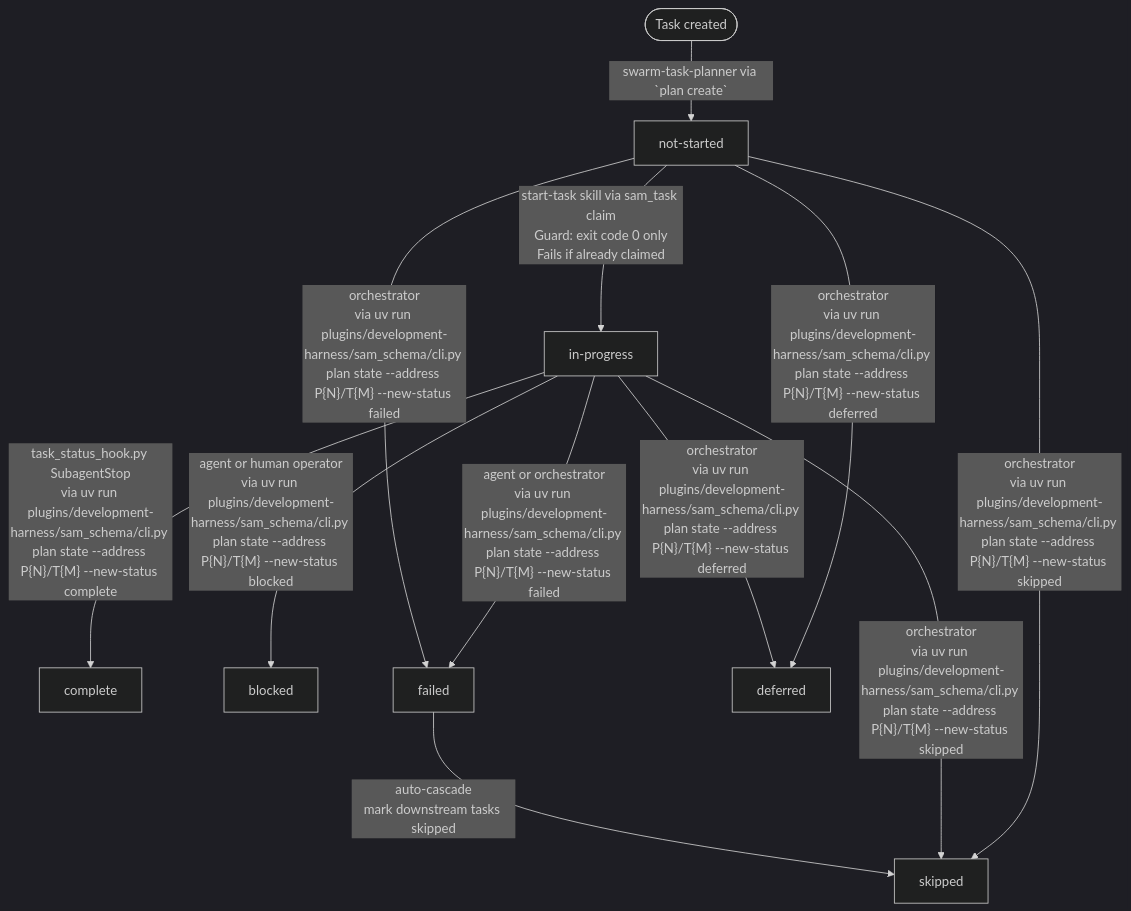
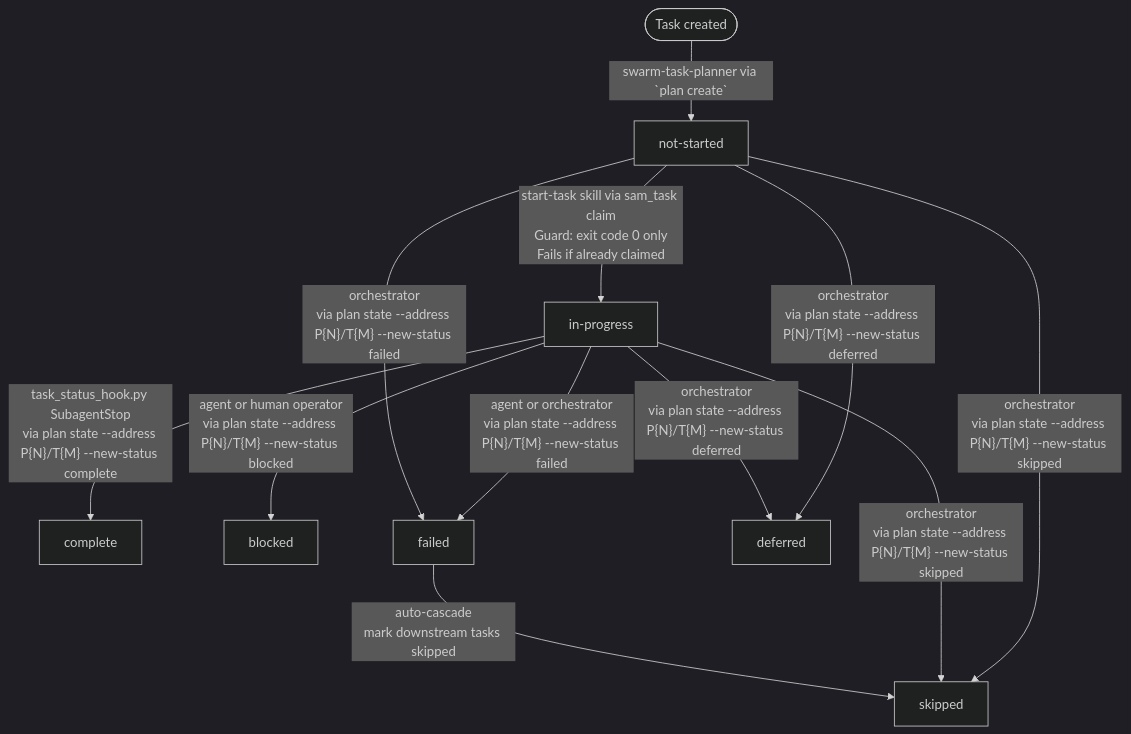
One commit to Jamie-BitFlight/claude_skills changed the second of 5 diagrams in plugins/development-harness/docs/workflow-architecture-diagram.md. Above: the diagram before and after it, drawn with Mermaid (dark theme). The commit also changed other lines of this file and 4 other files, not shown here.

Commit message:
docs(dh): drop repo-relative CLI paths from docs, add sam_cli block to dh-meta-docs

````diff
--- a/plugins/development-harness/docs/workflow-architecture-diagram.md
+++ b/plugins/development-harness/docs/workflow-architecture-diagram.md
@@ -306,14 +306,14 @@
 ```mermaid
 flowchart TD
     Created([Task created]) -->|"swarm-task-planner via `plan create`"| NS[not-started]
     NS -->|"start-task skill via sam_task claim<br>Guard: exit code 0 only<br>Fails if already claimed"| IP[in-progress]
-    IP -->|"task_status_hook.py SubagentStop<br>via uv run plugins/development-harness/sam_schema/cli.py plan state --address P{N}/T{M} --new-status complete"| CO[complete]
-    IP -->|"agent or human operator<br>via uv run plugins/development-harness/sam_schema/cli.py plan state --address P{N}/T{M} --new-status blocked"| BL[blocked]
-    IP -->|"agent or orchestrator<br>via uv run plugins/development-harness/sam_schema/cli.py plan state --address P{N}/T{M} --new-status failed"| FA[failed]
-    NS -->|"orchestrator<br>via uv run plugins/development-harness/sam_schema/cli.py plan state --address P{N}/T{M} --new-status deferred"| DE[deferred]
-    NS -->|"orchestrator<br>via uv run plugins/development-harness/sam_schema/cli.py plan state --address P{N}/T{M} --new-status skipped"| SK[skipped]
-    NS -->|"orchestrator<br>via uv run plugins/development-harness/sam_schema/cli.py plan state --address P{N}/T{M} --new-status failed"| FA
-    IP -->|"orchestrator<br>via uv run plugins/development-harness/sam_schema/cli.py plan state --address P{N}/T{M} --new-status deferred"| DE
-    IP -->|"orchestrator<br>via uv run plugins/development-harness/sam_schema/cli.py plan state --address P{N}/T{M} --new-status skipped"| SK
+    IP -->|"task_status_hook.py SubagentStop<br>via plan state --address P{N}/T{M} --new-status complete"| CO[complete]
+    IP -->|"agent or human operator<br>via plan state --address P{N}/T{M} --new-status blocked"| BL[blocked]
+    IP -->|"agent or orchestrator<br>via plan state --address P{N}/T{M} --new-status failed"| FA[failed]
+    NS -->|"orchestrator<br>via plan state --address P{N}/T{M} --new-status deferred"| DE[deferred]
+    NS -->|"orchestrator<br>via plan state --address P{N}/T{M} --new-status skipped"| SK[skipped]
+    NS -->|"orchestrator<br>via plan state --address P{N}/T{M} --new-status failed"| FA
+    IP -->|"orchestrator<br>via plan state --address P{N}/T{M} --new-status deferred"| DE
+    IP -->|"orchestrator<br>via plan state --address P{N}/T{M} --new-status skipped"| SK
     FA -->|"auto-cascade<br>mark downstream tasks skipped"| SK
 ```
````
